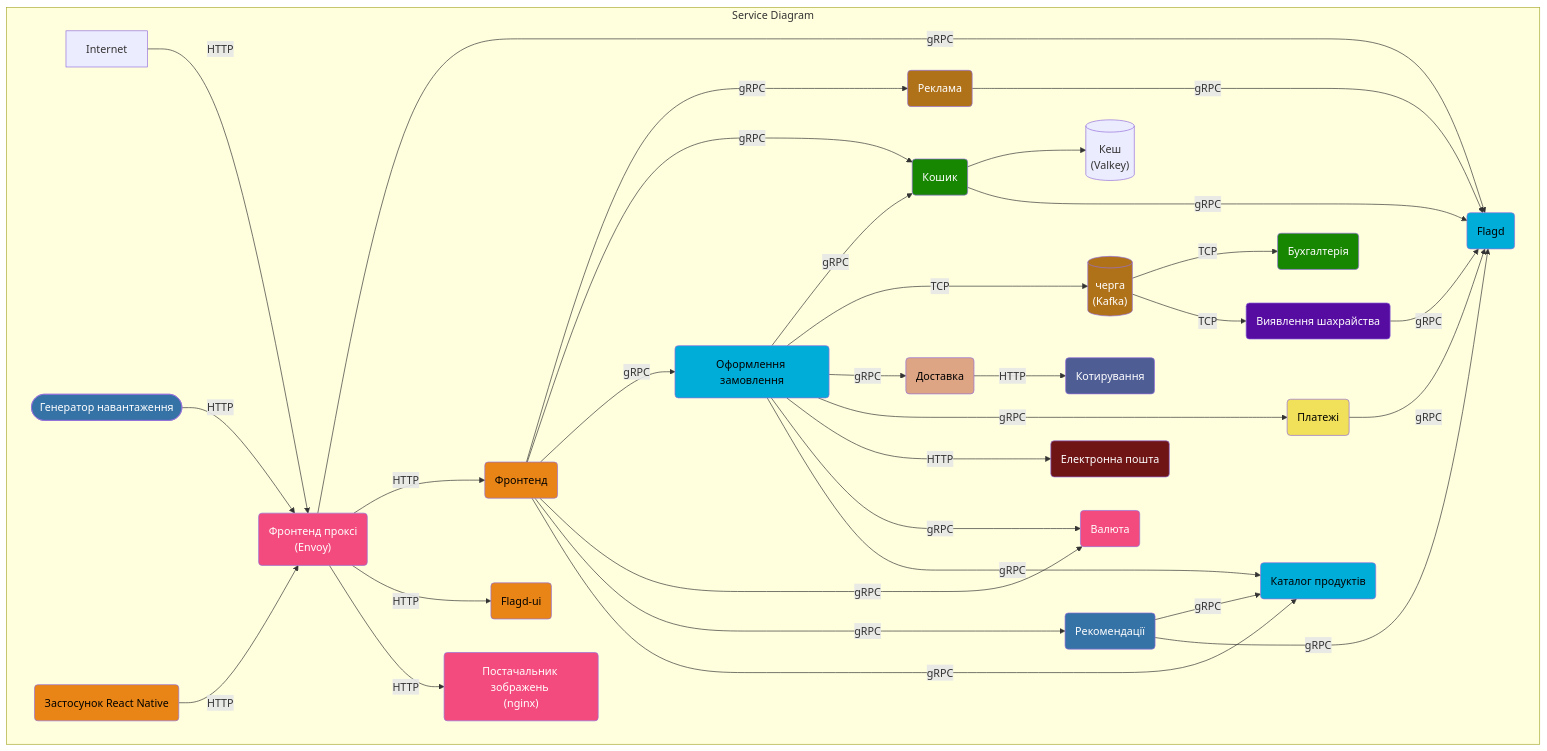
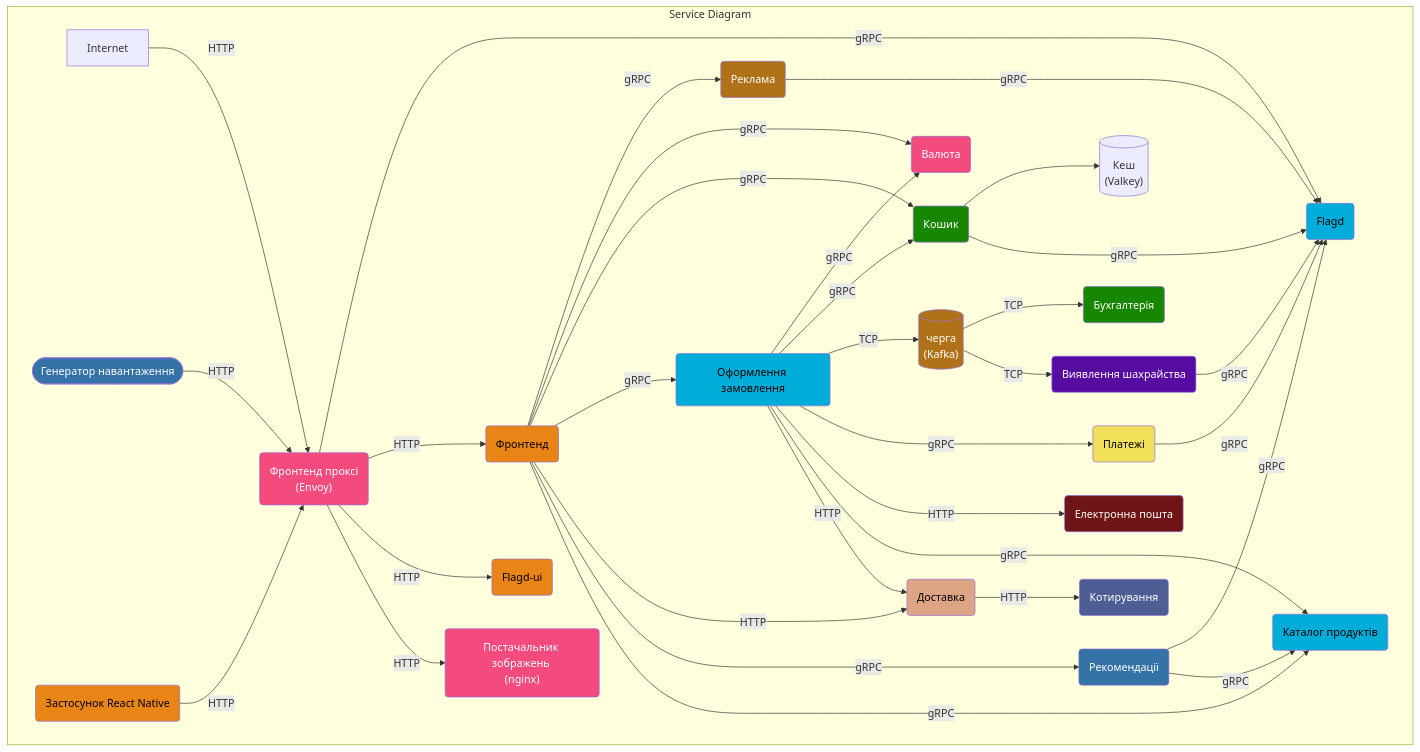
One commit to open-telemetry/opentelemetry.io changed the first of 3 diagrams in content/uk/docs/demo/architecture.md. Above: the diagram before and after it, drawn with Mermaid. The commit also changed other lines of this file and 74 other files, not shown here.

````diff
--- a/content/uk/docs/demo/architecture.md
+++ b/content/uk/docs/demo/architecture.md
@@ -11,82 +11,82 @@
 ```mermaid
 graph TD
 subgraph Service Diagram
 accounting(Бухгалтерія):::dotnet
 ad(Реклама):::java
 cache[(Кеш<br/>&#40Valkey&#41)]
 cart(Кошик):::dotnet
 checkout(Оформлення замовлення):::golang
 currency(Валюта):::cpp
 email(Електронна пошта):::ruby
 flagd(Flagd):::golang
 flagd-ui(Flagd-ui):::typescript
 fraud-detection(Виявлення шахрайства):::kotlin
 frontend(Фронтенд):::typescript
 frontend-proxy(Фронтенд проксі <br/>&#40Envoy&#41):::cpp
 image-provider(Постачальник зображень <br/>&#40nginx&#41):::cpp
 load-generator([Генератор навантаження]):::python
 payment(Платежі):::javascript
 product-catalog(Каталог продуктів):::golang
 quote(Котирування):::php
 recommendation(Рекомендації):::python
 shipping(Доставка):::rust
 queue[(черга<br/>&#40Kafka&#41)]:::java
 
 react-native-app(Застосунок React Native):::typescript
 
 ad ---->|gRPC| flagd
 
+checkout -->|gRPC| currency
 checkout -->|gRPC| cart
-checkout --->|TCP| queue
+checkout -->|TCP| queue
+
 cart --> cache
 cart -->|gRPC| flagd
 
-checkout -->|gRPC| shipping
 checkout -->|gRPC| payment
 checkout --->|HTTP| email
-checkout -->|gRPC| currency
 checkout -->|gRPC| product-catalog
+checkout -->|HTTP| shipping
 
 fraud-detection -->|gRPC| flagd
 
 frontend -->|gRPC| ad
+frontend -->|gRPC| currency
 frontend -->|gRPC| cart
 frontend -->|gRPC| checkout
-frontend ---->|gRPC| currency
+frontend -->|HTTP| shipping
 frontend ---->|gRPC| recommendation
 frontend -->|gRPC| product-catalog
 
 frontend-proxy -->|gRPC| flagd
 frontend-proxy -->|HTTP| frontend
 frontend-proxy -->|HTTP| flagd-ui
 frontend-proxy -->|HTTP| image-provider
 
-Internet -->|HTTP| frontend-proxy
-
-load-generator -->|HTTP| frontend-proxy
-
 payment -->|gRPC| flagd
 
 queue -->|TCP| accounting
 queue -->|TCP| fraud-detection
 
+recommendation -->|gRPC| flagd
 recommendation -->|gRPC| product-catalog
-recommendation -->|gRPC| flagd
 
 shipping -->|HTTP| quote
 
+Internet -->|HTTP| frontend-proxy
+load-generator -->|HTTP| frontend-proxy
 react-native-app -->|HTTP| frontend-proxy
 end
 
 classDef dotnet fill:#178600,color:white;
 classDef cpp fill:#f34b7d,color:white;
 classDef golang fill:#00add8,color:black;
 classDef java fill:#b07219,color:white;
 classDef javascript fill:#f1e05a,color:black;
 classDef kotlin fill:#560ba1,color:white;
 classDef php fill:#4f5d95,color:white;
 classDef python fill:#3572A5,color:white;
 classDef ruby fill:#701516,color:white;
 classDef rust fill:#dea584,color:black;
 classDef typescript fill:#e98516,color:black;
 ```
````
